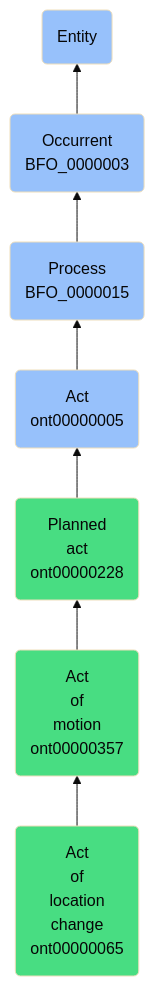
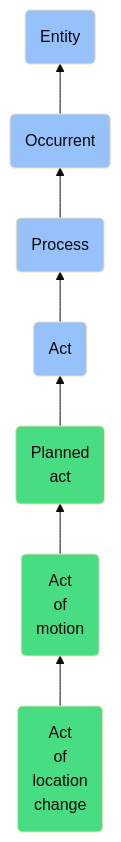
The diagram in docs/ontology/reference/model/Entity/Occurrent/Process/Act/Planned act/Act of motion/Act of location change/Act of location change.md (jupyter-naas/abi), drawn with Mermaid (base theme) before and after one commit. The commit also changed other lines of this file and 1430 other files, not shown here.

````diff
--- a/docs/ontology/reference/model/Entity/Occurrent/Process/Act/Planned act/Act of motion/Act of location change/Act of location change.md
+++ b/docs/ontology/reference/model/Entity/Occurrent/Process/Act/Planned act/Act of motion/Act of location change/Act of location change.md
@@ -24,14 +24,14 @@
 ```mermaid
 graph BT
-    ont00000065(Act<br>of<br>location<br>change<br>ont00000065):::ABI-->ont00000357
-    ont00000357(Act<br>of<br>motion<br>ont00000357):::ABI-->ont00000228
-    ont00000228(Planned<br>act<br>ont00000228):::ABI-->ont00000005
-    ont00000005(Act<br>ont00000005):::BFO-->BFO_0000015
-    BFO_0000015(Process<br>BFO_0000015):::BFO-->BFO_0000003
-    BFO_0000003(Occurrent<br>BFO_0000003):::BFO-->BFO_0000001
+    ont00000065(Act<br>of<br>location<br>change):::ABI-->ont00000357
+    ont00000357(Act<br>of<br>motion):::ABI-->ont00000228
+    ont00000228(Planned<br>act):::ABI-->ont00000005
+    ont00000005(Act):::BFO-->BFO_0000015
+    BFO_0000015(Process):::BFO-->BFO_0000003
+    BFO_0000003(Occurrent):::BFO-->BFO_0000001
     BFO_0000001(Entity):::BFO
     
     classDef BFO fill:#97c1fb,color:#060606
     classDef CCO fill:#e4c51e,color:#060606
     classDef ABI fill:#48DD82,color:#060606
 ```
````
